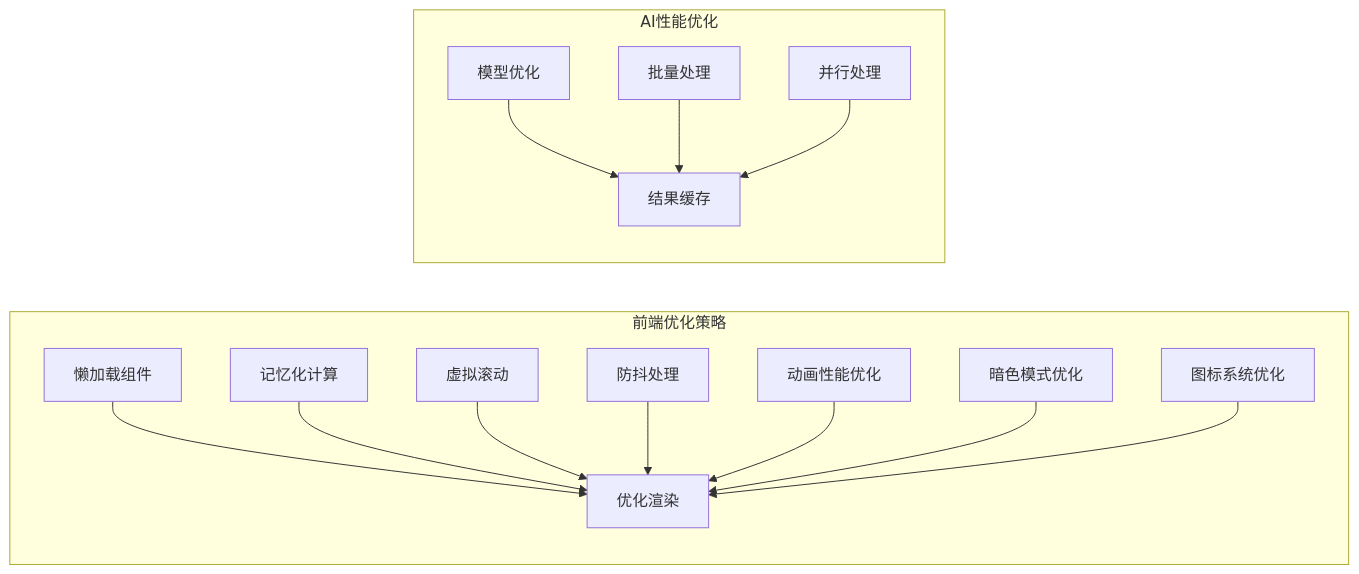
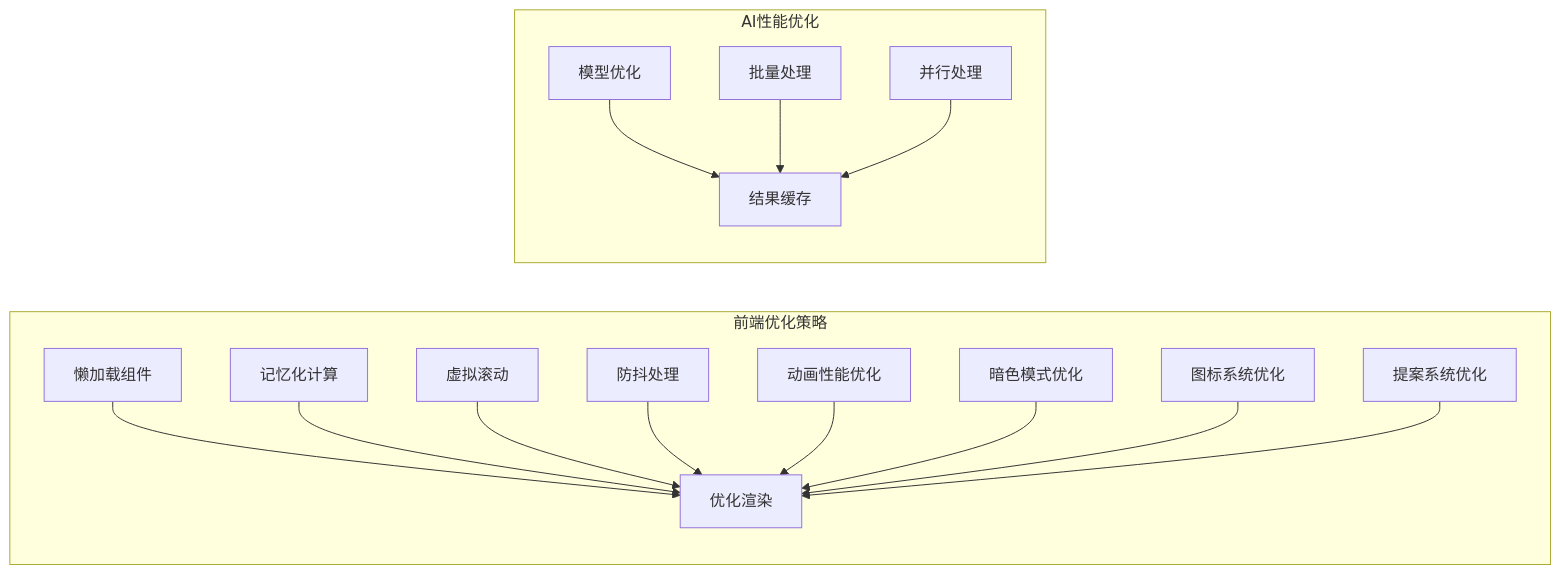
Before and after one commit to xianjianshenqu/SalesFlow-CRM: diagram 23 of 23 in .qoder/repowiki/zh/content/Pre Sales Dashboard.md, drawn with Mermaid. The commit also changed other lines of this file and 13 other files, not shown here.

````diff
--- a/.qoder/repowiki/zh/content/Pre Sales Dashboard.md
+++ b/.qoder/repowiki/zh/content/Pre Sales Dashboard.md
@@ -720,29 +1006,31 @@
 ```mermaid
 graph LR
 subgraph "前端优化策略"
 LazyLoad[懒加载组件]
 Memo[记忆化计算]
 VirtualScroll[虚拟滚动]
 Debounce[防抖处理]
 OptimizedRender[优化渲染]
 AnimationOptimization[动画性能优化]
 DarkModeOptimization[暗色模式优化]
 IconOptimization[图标系统优化]
+ProposalOptimization[提案系统优化]
 end
 subgraph "AI性能优化"
 ModelOptimization[模型优化]
 BatchProcessing[批量处理]
 Caching[结果缓存]
 ParallelProcessing[并行处理]
 end
 LazyLoad --> OptimizedRender
 Memo --> OptimizedRender
 VirtualScroll --> OptimizedRender
 Debounce --> OptimizedRender
 AnimationOptimization --> OptimizedRender
 DarkModeOptimization --> OptimizedRender
 IconOptimization --> OptimizedRender
+ProposalOptimization --> OptimizedRender
 ModelOptimization --> Caching
 BatchProcessing --> Caching
 ParallelProcessing --> Caching
 ```
````
